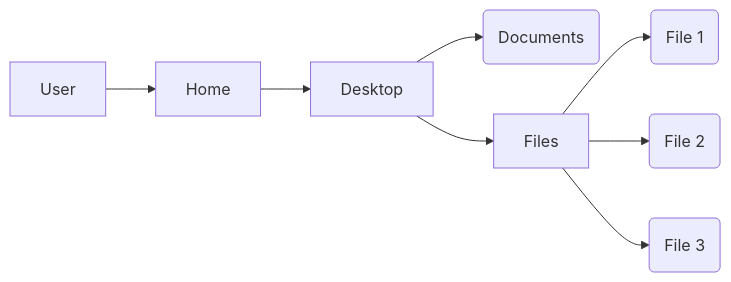
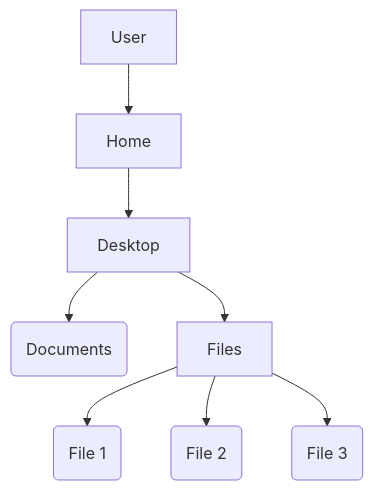
The fourth of 4 diagrams in NonLinear-ds/Tree/README.md (thejunghare/DataStructure), drawn with Mermaid before and after one commit.

````diff
--- a/NonLinear-ds/Tree/README.md
+++ b/NonLinear-ds/Tree/README.md
@@ -57,10 +57,10 @@
 ```mermaid
-graph LR
+graph
     A[User] --> B(Home)
     B[Home] --> C(Desktop)
     C[Desktop] --> D(Documents)
     C[Desktop] --> E(Files)
     E[Files] --> F(File 1)
     E[Files] --> G(File 2)
     E[Files] --> H(File 3)
 ```
````
